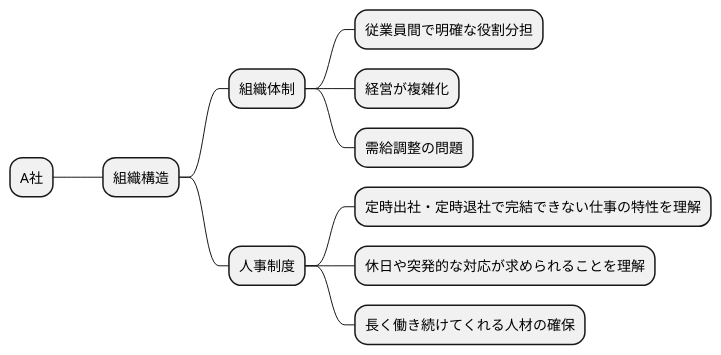
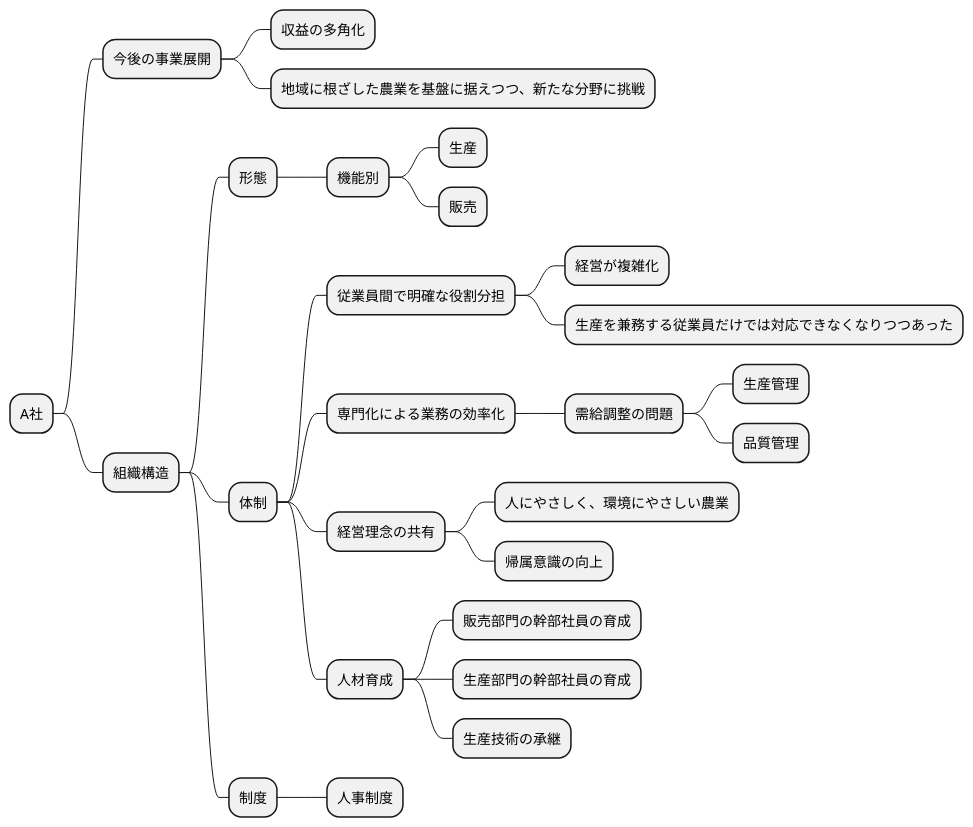
One commit to k2works/requirements_definition_excercise changed the fourth of 15 diagrams in docs/R04/study/take01.md. Above: the diagram before and after it, drawn with PlantUML. The commit also changed other lines of this file, not shown here.

````diff
--- a/docs/R04/study/take01.md
+++ b/docs/R04/study/take01.md
@@ -120,14 +138,30 @@
 ```plantuml
 @startmindmap
 * A社
+** 今後の事業展開
+*** 収益の多角化
+*** 地域に根ざした農業を基盤に据えつつ、新たな分野に挑戦
 ** 組織構造
-*** 組織体制
+*** 形態
+**** 機能別
+***** 生産
+***** 販売
+*** 体制
 **** 従業員間で明確な役割分担
-**** 経営が複雑化
-**** 需給調整の問題
-*** 人事制度
-**** 定時出社・定時退社で完結できない仕事の特性を理解
-**** 休日や突発的な対応が求められることを理解
-**** 長く働き続けてくれる人材の確保
+***** 経営が複雑化
+***** 生産を兼務する従業員だけでは対応できなくなりつつあった
+**** 専門化による業務の効率化
+***** 需給調整の問題
+****** 生産管理
+****** 品質管理
+**** 経営理念の共有
+***** 人にやさしく、環境にやさしい農業
+***** 帰属意識の向上
+**** 人材育成
+***** 販売部門の幹部社員の育成
+***** 生産部門の幹部社員の育成
+***** 生産技術の承継
+*** 制度
+**** 人事制度
 @endmindmap
 ```
````
